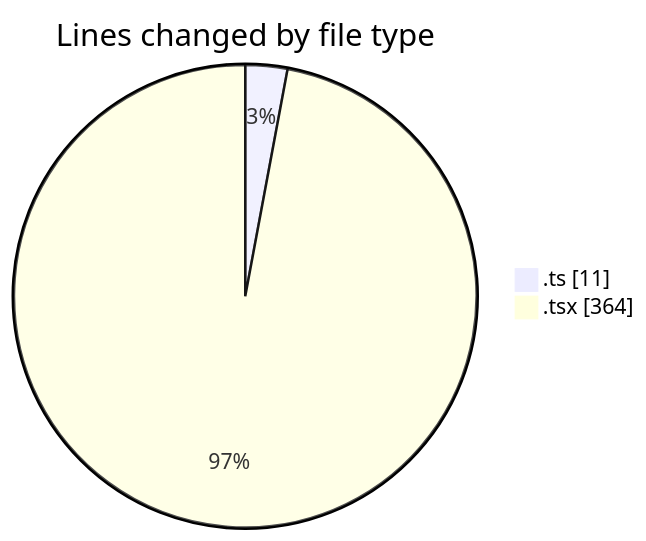
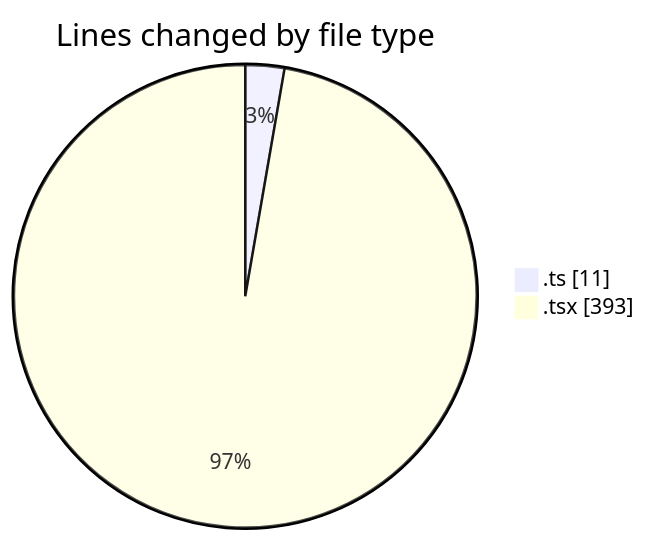
The first of 2 diagrams in 2025-03-21/cda/README.md (momahboobian/code-tracking), drawn with Mermaid before and after one commit. The commit also changed other lines of this file and 1 other file, not shown here.

````diff
--- a/2025-03-21/cda/README.md
+++ b/2025-03-21/cda/README.md
@@ -23,6 +23,6 @@
 ```mermaid
 pie showData
 title Lines changed by file type
 ".ts" : 11
-".tsx" : 364
+".tsx" : 393
 ```
````
